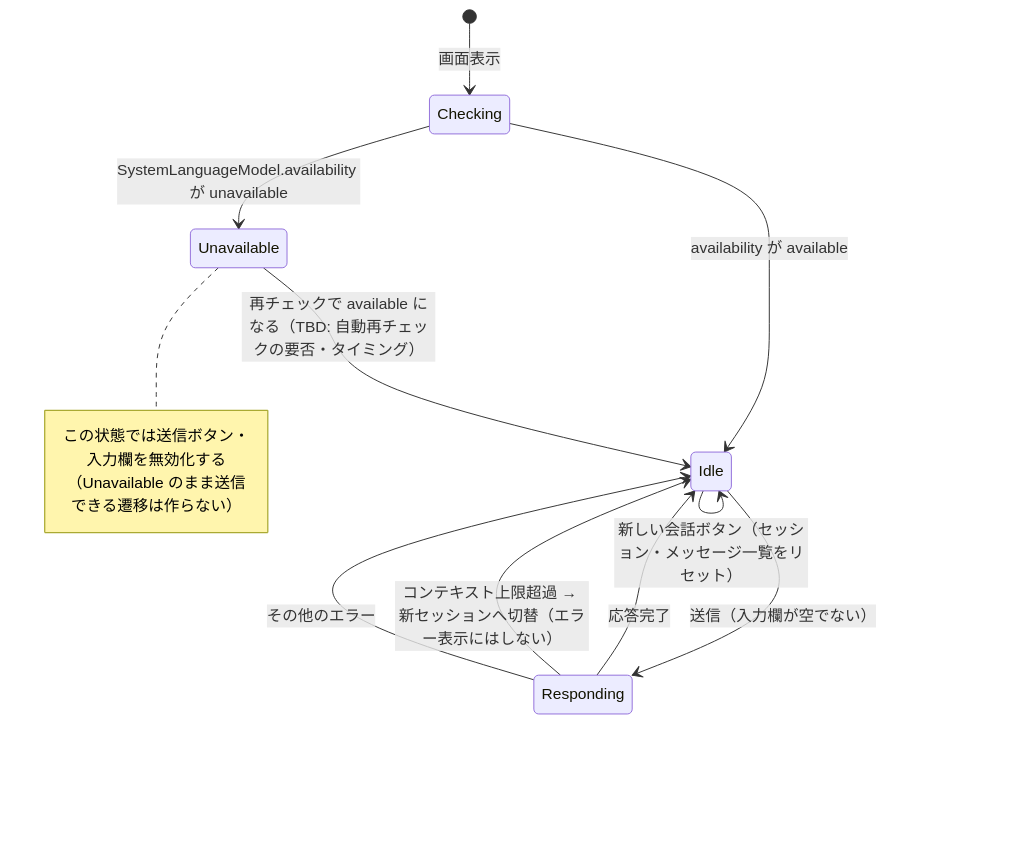
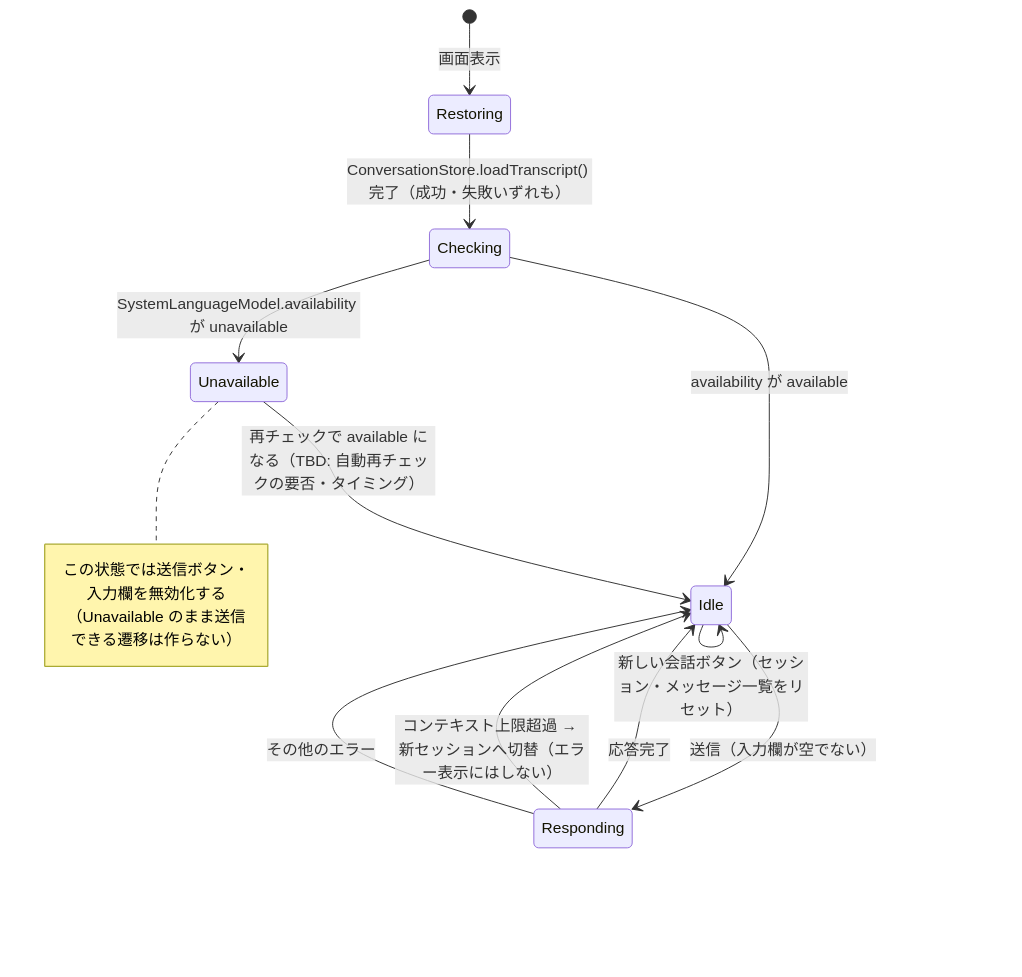
One commit to neko3cs/apple-fm-chat-app changed the fourth of 4 diagrams in docs/design.md. Above: the diagram before and after it, drawn with Mermaid. The commit also changed other lines of this file and 3 other files, not shown here.

````diff
--- a/docs/design.md
+++ b/docs/design.md
@@ -94,20 +142,21 @@
 ```mermaid
 stateDiagram-v2
-    [*] --> Checking: 画面表示
+    [*] --> Restoring: 画面表示
+    Restoring --> Checking: ConversationStore.loadTranscript() 完了（成功・失敗いずれも）
     Checking --> Unavailable: SystemLanguageModel.availability が unavailable
     Checking --> Idle: availability が available
 
     Unavailable --> Idle: 再チェックで available になる（TBD: 自動再チェックの要否・タイミング）
 
     Idle --> Responding: 送信（入力欄が空でない）
     Responding --> Idle: 応答完了
     Responding --> Idle: コンテキスト上限超過 → 新セッションへ切替（エラー表示にはしない）
     Responding --> Idle: その他のエラー
 
     Idle --> Idle: 新しい会話ボタン（セッション・メッセージ一覧をリセット）
 
     note right of Unavailable
         この状態では送信ボタン・入力欄を無効化する
         （Unavailable のまま送信できる遷移は作らない）
     end note
 ```
````
